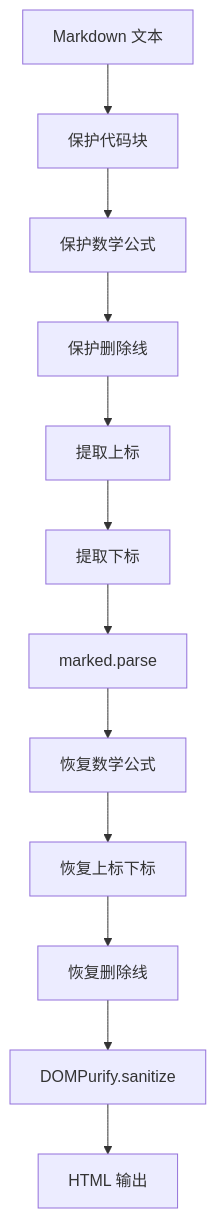
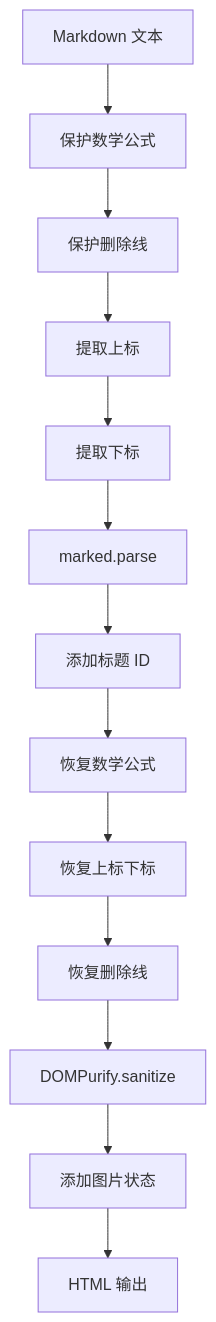
The sixth of 10 diagrams in docs/preview.md (ZCShou/markdown), drawn with Mermaid before and after one commit. The commit also changed other lines of this file and 1 other file, not shown here.

````diff
--- a/docs/preview.md
+++ b/docs/preview.md
@@ -608,14 +696,15 @@
 ```mermaid
 graph TD
-    A[Markdown 文本] --> B[保护代码块]
-    B --> C[保护数学公式]
-    C --> D[保护删除线]
-    D --> E[提取上标]
-    E --> F[提取下标]
-    F --> G[marked.parse]
+    A[Markdown 文本] --> B[保护数学公式]
+    B --> C[保护删除线]
+    C --> D[提取上标]
+    D --> E[提取下标]
+    E --> F[marked.parse]
+    F --> G[添加标题 ID]
     G --> H[恢复数学公式]
     H --> I[恢复上标下标]
     I --> J[恢复删除线]
     J --> K[DOMPurify.sanitize]
-    K --> L[HTML 输出]
+    K --> L[添加图片状态]
+    L --> M[HTML 输出]
 ```
````
